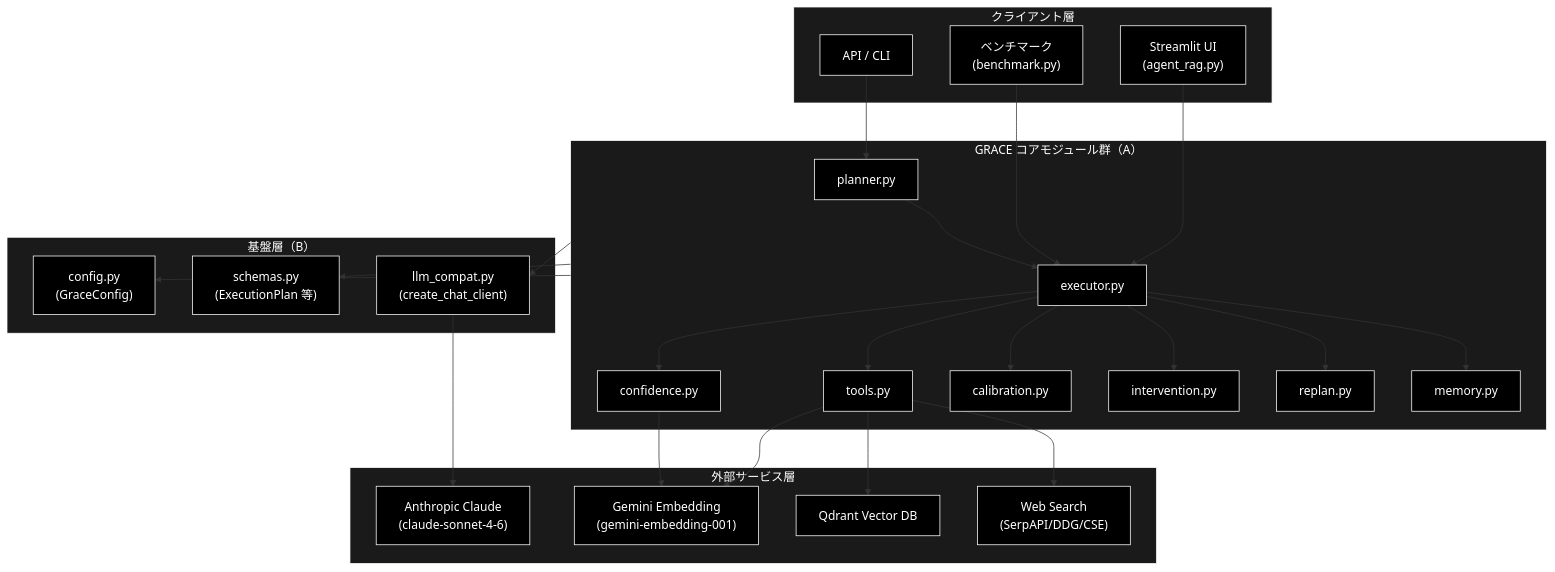
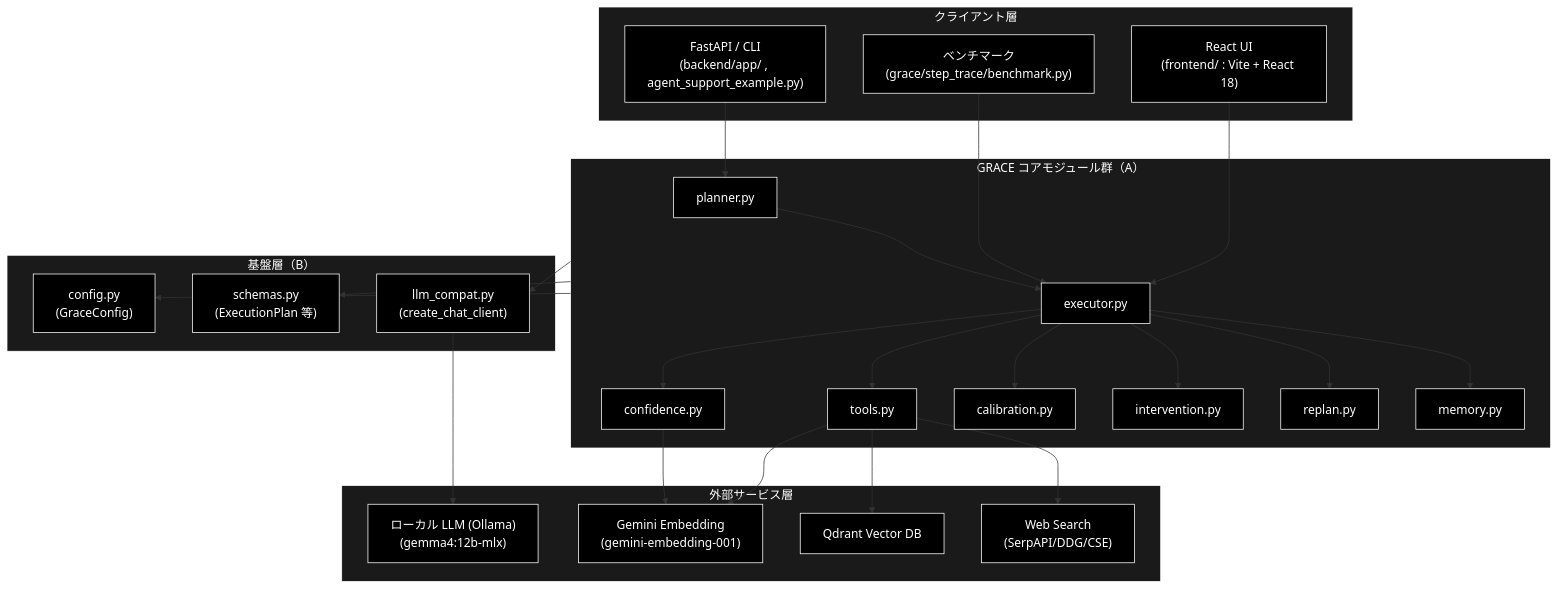
One commit to nakashima2toshio/grace_v2_local changed the second of 6 diagrams in grace/docs/grace_core.md. Above: the diagram before and after it, drawn with Mermaid. The commit also changed other lines of this file and 4 other files, not shown here.

````diff
--- a/grace/docs/grace_core.md
+++ b/grace/docs/grace_core.md
@@ -140,60 +145,60 @@
 ```mermaid
 flowchart TB
     subgraph CLIENT["クライアント層"]
-        UI["Streamlit UI<br>(agent_rag.py)"]
-        BENCH["ベンチマーク<br>(benchmark.py)"]
-        API["API / CLI"]
+        UI["React UI<br>(frontend/ : Vite + React 18)"]
+        BENCH["ベンチマーク<br>(grace/step_trace/benchmark.py)"]
+        API["FastAPI / CLI<br>(backend/app/ , agent_support_example.py)"]
     end
 
     subgraph CORE["GRACE コアモジュール群（A）"]
         PLANNER["planner.py"]
         EXECUTOR["executor.py"]
         TOOLS["tools.py"]
         CONFIDENCE["confidence.py"]
         CALIBRATION["calibration.py"]
         INTERVENTION["intervention.py"]
         REPLAN["replan.py"]
         MEMORY["memory.py"]
     end
 
     subgraph FOUND["基盤層（B）"]
         CONFIG["config.py<br>(GraceConfig)"]
         SCHEMAS["schemas.py<br>(ExecutionPlan 等)"]
         LLMCOMPAT["llm_compat.py<br>(create_chat_client)"]
     end
 
     subgraph EXTERNAL["外部サービス層"]
-        ANTHROPIC["Anthropic Claude<br>(claude-sonnet-4-6)"]
+        OLLAMA["ローカル LLM (Ollama)<br>(gemma4:12b-mlx)"]
         GEMINI["Gemini Embedding<br>(gemini-embedding-001)"]
         QDRANT["Qdrant Vector DB"]
         WEB["Web Search<br>(SerpAPI/DDG/CSE)"]
     end
 
     UI --> EXECUTOR
     BENCH --> EXECUTOR
     API --> PLANNER
     PLANNER --> EXECUTOR
     EXECUTOR --> TOOLS
     EXECUTOR --> CONFIDENCE
     EXECUTOR --> CALIBRATION
     EXECUTOR --> INTERVENTION
     EXECUTOR --> REPLAN
     EXECUTOR --> MEMORY
 
     CORE --> CONFIG
     CORE --> SCHEMAS
     CORE --> LLMCOMPAT
 
-    LLMCOMPAT --> ANTHROPIC
+    LLMCOMPAT --> OLLAMA
     TOOLS --> GEMINI
     CONFIDENCE --> GEMINI
     TOOLS --> QDRANT
     TOOLS --> WEB
 classDef default fill:#000,stroke:#fff,color:#fff
 classDef subgraphStyle fill:#1a1a1a,stroke:#fff,color:#fff
-class UI,BENCH,API,PLANNER,EXECUTOR,TOOLS,CONFIDENCE,CALIBRATION,INTERVENTION,REPLAN,MEMORY,CONFIG,SCHEMAS,LLMCOMPAT,ANTHROPIC,GEMINI,QDRANT,WEB default
+class UI,BENCH,API,PLANNER,EXECUTOR,TOOLS,CONFIDENCE,CALIBRATION,INTERVENTION,REPLAN,MEMORY,CONFIG,SCHEMAS,LLMCOMPAT,OLLAMA,GEMINI,QDRANT,WEB default
 style CLIENT fill:#1a1a1a,stroke:#fff,color:#fff
 style CORE fill:#1a1a1a,stroke:#fff,color:#fff
 style FOUND fill:#1a1a1a,stroke:#fff,color:#fff
 style EXTERNAL fill:#1a1a1a,stroke:#fff,color:#fff
 ```
````
